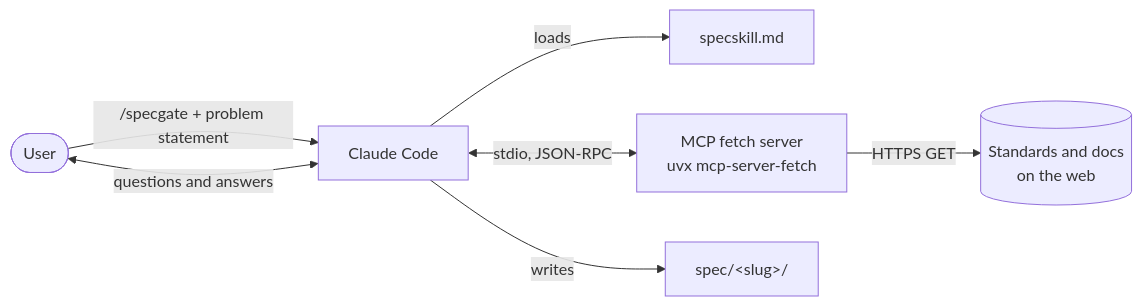
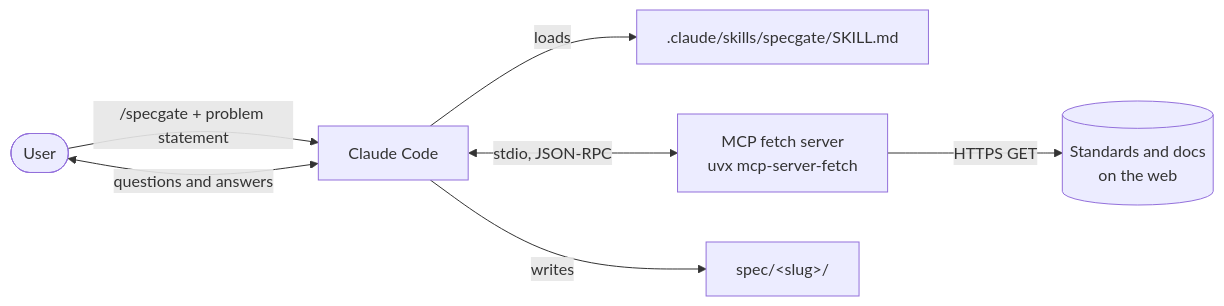
The first of 8 diagrams in README.md (Anilkumark17/MCP-Skill-integration), drawn with Mermaid before and after one commit. The commit also changed other lines of this file and 1 other file, not shown here.

Commit message:
v1/formated the Skill.md files

````diff
--- a/README.md
+++ b/README.md
@@ -9,9 +9,9 @@
 ```mermaid
 flowchart LR
     U([User]) -->|"/specgate + problem statement"| CC[Claude Code]
-    CC -->|loads| SK[specskill.md]
+    CC -->|loads| SK[.claude/skills/specgate/SKILL.md]
     CC <-->|stdio, JSON-RPC| MCP[MCP fetch server<br/>uvx mcp-server-fetch]
     MCP -->|HTTPS GET| WEB[(Standards and docs<br/>on the web)]
     CC -->|writes| OUT[spec/&lt;slug&gt;/]
     CC <-->|questions and answers| U
 ```
````
